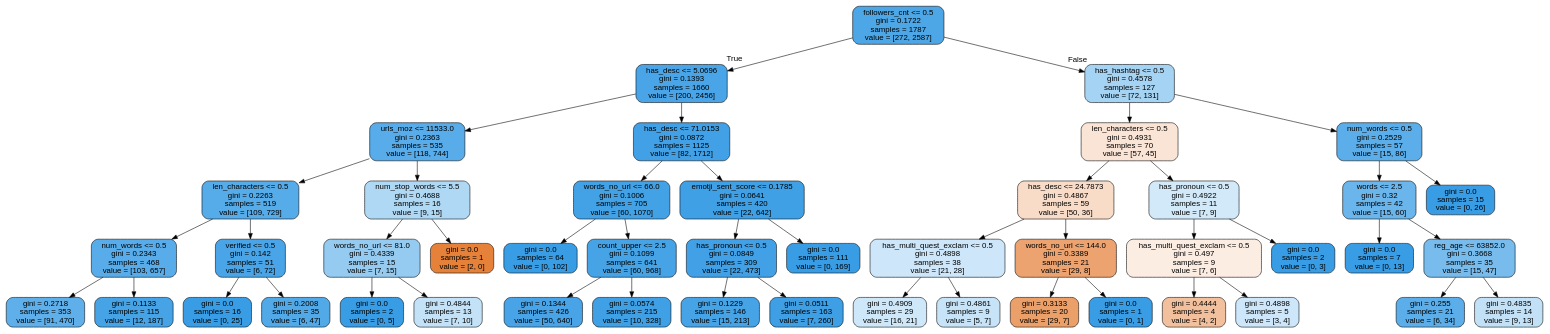
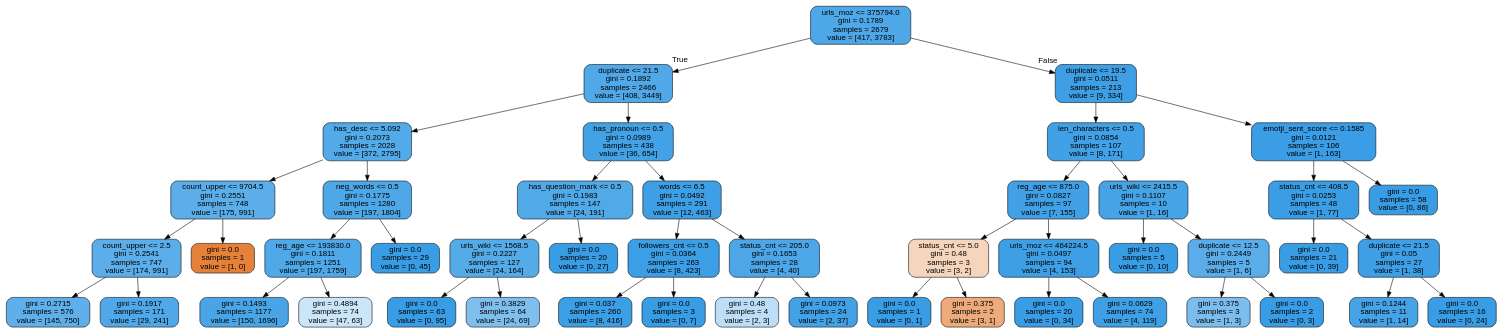
Before and after one commit to burningskies42/Twitter_Analytics: the diagram in Python/twitter_filter/trees/dtree6.dot, drawn with Graphviz. The commit also changed 44 other files, not shown here.

```diff
--- a/Python/twitter_filter/trees/dtree6.dot
+++ b/Python/twitter_filter/trees/dtree6.dot
@@ -1,97 +1,97 @@
 digraph Tree {
 node [shape=box, style="filled, rounded", color="black", fontname=helvetica] ;
 edge [fontname=helvetica] ;
-0 [label="followers_cnt <= 0.5\ngini = 0.1722\nsamples = 1787\nvalue = [272, 2587]", fillcolor="#399de5e4"] ;
-1 [label="has_desc <= 5.0696\ngini = 0.1393\nsamples = 1660\nvalue = [200, 2456]", fillcolor="#399de5ea"] ;
+0 [label="urls_moz <= 375794.0\ngini = 0.1789\nsamples = 2679\nvalue = [417, 3783]", fillcolor="#399de5e3"] ;
+1 [label="duplicate <= 21.5\ngini = 0.1892\nsamples = 2466\nvalue = [408, 3449]", fillcolor="#399de5e1"] ;
 0 -> 1 [labeldistance=2.5, labelangle=45, headlabel="True"] ;
-2 [label="urls_moz <= 11533.0\ngini = 0.2363\nsamples = 535\nvalue = [118, 744]", fillcolor="#399de5d7"] ;
+2 [label="has_desc <= 5.092\ngini = 0.2073\nsamples = 2028\nvalue = [372, 2795]", fillcolor="#399de5dd"] ;
 1 -> 2 ;
-3 [label="len_characters <= 0.5\ngini = 0.2263\nsamples = 519\nvalue = [109, 729]", fillcolor="#399de5d9"] ;
+3 [label="count_upper <= 9704.5\ngini = 0.2551\nsamples = 748\nvalue = [175, 991]", fillcolor="#399de5d2"] ;
 2 -> 3 ;
-4 [label="num_words <= 0.5\ngini = 0.2343\nsamples = 468\nvalue = [103, 657]", fillcolor="#399de5d7"] ;
+4 [label="count_upper <= 2.5\ngini = 0.2541\nsamples = 747\nvalue = [174, 991]", fillcolor="#399de5d2"] ;
 3 -> 4 ;
-5 [label="gini = 0.2718\nsamples = 353\nvalue = [91, 470]", fillcolor="#399de5ce"] ;
+5 [label="gini = 0.2715\nsamples = 576\nvalue = [145, 750]", fillcolor="#399de5ce"] ;
 4 -> 5 ;
-6 [label="gini = 0.1133\nsamples = 115\nvalue = [12, 187]", fillcolor="#399de5ef"] ;
+6 [label="gini = 0.1917\nsamples = 171\nvalue = [29, 241]", fillcolor="#399de5e0"] ;
 4 -> 6 ;
-7 [label="verified <= 0.5\ngini = 0.142\nsamples = 51\nvalue = [6, 72]", fillcolor="#399de5ea"] ;
+7 [label="gini = 0.0\nsamples = 1\nvalue = [1, 0]", fillcolor="#e58139ff"] ;
 3 -> 7 ;
-8 [label="gini = 0.0\nsamples = 16\nvalue = [0, 25]", fillcolor="#399de5ff"] ;
-7 -> 8 ;
-9 [label="gini = 0.2008\nsamples = 35\nvalue = [6, 47]", fillcolor="#399de5de"] ;
-7 -> 9 ;
-10 [label="num_stop_words <= 5.5\ngini = 0.4688\nsamples = 16\nvalue = [9, 15]", fillcolor="#399de566"] ;
-2 -> 10 ;
-11 [label="words_no_url <= 81.0\ngini = 0.4339\nsamples = 15\nvalue = [7, 15]", fillcolor="#399de588"] ;
-10 -> 11 ;
-12 [label="gini = 0.0\nsamples = 2\nvalue = [0, 5]", fillcolor="#399de5ff"] ;
-11 -> 12 ;
-13 [label="gini = 0.4844\nsamples = 13\nvalue = [7, 10]", fillcolor="#399de54d"] ;
-11 -> 13 ;
-14 [label="gini = 0.0\nsamples = 1\nvalue = [2, 0]", fillcolor="#e58139ff"] ;
-10 -> 14 ;
-15 [label="has_desc <= 71.0153\ngini = 0.0872\nsamples = 1125\nvalue = [82, 1712]", fillcolor="#399de5f3"] ;
-1 -> 15 ;
-16 [label="words_no_url <= 66.0\ngini = 0.1006\nsamples = 705\nvalue = [60, 1070]", fillcolor="#399de5f1"] ;
+8 [label="neg_words <= 0.5\ngini = 0.1775\nsamples = 1280\nvalue = [197, 1804]", fillcolor="#399de5e3"] ;
+2 -> 8 ;
+9 [label="reg_age <= 193830.0\ngini = 0.1811\nsamples = 1251\nvalue = [197, 1759]", fillcolor="#399de5e2"] ;
+8 -> 9 ;
+10 [label="gini = 0.1493\nsamples = 1177\nvalue = [150, 1696]", fillcolor="#399de5e8"] ;
+9 -> 10 ;
+11 [label="gini = 0.4894\nsamples = 74\nvalue = [47, 63]", fillcolor="#399de541"] ;
+9 -> 11 ;
+12 [label="gini = 0.0\nsamples = 29\nvalue = [0, 45]", fillcolor="#399de5ff"] ;
+8 -> 12 ;
+13 [label="has_pronoun <= 0.5\ngini = 0.0989\nsamples = 438\nvalue = [36, 654]", fillcolor="#399de5f1"] ;
+1 -> 13 ;
+14 [label="has_question_mark <= 0.5\ngini = 0.1983\nsamples = 147\nvalue = [24, 191]", fillcolor="#399de5df"] ;
+13 -> 14 ;
+15 [label="urls_wiki <= 1568.5\ngini = 0.2227\nsamples = 127\nvalue = [24, 164]", fillcolor="#399de5da"] ;
+14 -> 15 ;
+16 [label="gini = 0.0\nsamples = 63\nvalue = [0, 95]", fillcolor="#399de5ff"] ;
 15 -> 16 ;
-17 [label="gini = 0.0\nsamples = 64\nvalue = [0, 102]", fillcolor="#399de5ff"] ;
-16 -> 17 ;
-18 [label="count_upper <= 2.5\ngini = 0.1099\nsamples = 641\nvalue = [60, 968]", fillcolor="#399de5ef"] ;
-16 -> 18 ;
-19 [label="gini = 0.1344\nsamples = 426\nvalue = [50, 640]", fillcolor="#399de5eb"] ;
-18 -> 19 ;
-20 [label="gini = 0.0574\nsamples = 215\nvalue = [10, 328]", fillcolor="#399de5f7"] ;
-18 -> 20 ;
-21 [label="emotji_sent_score <= 0.1785\ngini = 0.0641\nsamples = 420\nvalue = [22, 642]", fillcolor="#399de5f6"] ;
-15 -> 21 ;
-22 [label="has_pronoun <= 0.5\ngini = 0.0849\nsamples = 309\nvalue = [22, 473]", fillcolor="#399de5f3"] ;
-21 -> 22 ;
-23 [label="gini = 0.1229\nsamples = 146\nvalue = [15, 213]", fillcolor="#399de5ed"] ;
-22 -> 23 ;
-24 [label="gini = 0.0511\nsamples = 163\nvalue = [7, 260]", fillcolor="#399de5f8"] ;
-22 -> 24 ;
-25 [label="gini = 0.0\nsamples = 111\nvalue = [0, 169]", fillcolor="#399de5ff"] ;
-21 -> 25 ;
-26 [label="has_hashtag <= 0.5\ngini = 0.4578\nsamples = 127\nvalue = [72, 131]", fillcolor="#399de573"] ;
+17 [label="gini = 0.3829\nsamples = 64\nvalue = [24, 69]", fillcolor="#399de5a6"] ;
+15 -> 17 ;
+18 [label="gini = 0.0\nsamples = 20\nvalue = [0, 27]", fillcolor="#399de5ff"] ;
+14 -> 18 ;
+19 [label="words <= 6.5\ngini = 0.0492\nsamples = 291\nvalue = [12, 463]", fillcolor="#399de5f8"] ;
+13 -> 19 ;
+20 [label="followers_cnt <= 0.5\ngini = 0.0364\nsamples = 263\nvalue = [8, 423]", fillcolor="#399de5fa"] ;
+19 -> 20 ;
+21 [label="gini = 0.037\nsamples = 260\nvalue = [8, 416]", fillcolor="#399de5fa"] ;
+20 -> 21 ;
+22 [label="gini = 0.0\nsamples = 3\nvalue = [0, 7]", fillcolor="#399de5ff"] ;
+20 -> 22 ;
+23 [label="status_cnt <= 205.0\ngini = 0.1653\nsamples = 28\nvalue = [4, 40]", fillcolor="#399de5e6"] ;
+19 -> 23 ;
+24 [label="gini = 0.48\nsamples = 4\nvalue = [2, 3]", fillcolor="#399de555"] ;
+23 -> 24 ;
+25 [label="gini = 0.0973\nsamples = 24\nvalue = [2, 37]", fillcolor="#399de5f1"] ;
+23 -> 25 ;
+26 [label="duplicate <= 19.5\ngini = 0.0511\nsamples = 213\nvalue = [9, 334]", fillcolor="#399de5f8"] ;
 0 -> 26 [labeldistance=2.5, labelangle=-45, headlabel="False"] ;
-27 [label="len_characters <= 0.5\ngini = 0.4931\nsamples = 70\nvalue = [57, 45]", fillcolor="#e5813936"] ;
+27 [label="len_characters <= 0.5\ngini = 0.0854\nsamples = 107\nvalue = [8, 171]", fillcolor="#399de5f3"] ;
 26 -> 27 ;
-28 [label="has_desc <= 24.7873\ngini = 0.4867\nsamples = 59\nvalue = [50, 36]", fillcolor="#e5813947"] ;
+28 [label="reg_age <= 875.0\ngini = 0.0827\nsamples = 97\nvalue = [7, 155]", fillcolor="#399de5f3"] ;
 27 -> 28 ;
-29 [label="has_multi_quest_exclam <= 0.5\ngini = 0.4898\nsamples = 38\nvalue = [21, 28]", fillcolor="#399de540"] ;
+29 [label="status_cnt <= 5.0\ngini = 0.48\nsamples = 3\nvalue = [3, 2]", fillcolor="#e5813955"] ;
 28 -> 29 ;
-30 [label="gini = 0.4909\nsamples = 29\nvalue = [16, 21]", fillcolor="#399de53d"] ;
+30 [label="gini = 0.0\nsamples = 1\nvalue = [0, 1]", fillcolor="#399de5ff"] ;
 29 -> 30 ;
-31 [label="gini = 0.4861\nsamples = 9\nvalue = [5, 7]", fillcolor="#399de549"] ;
+31 [label="gini = 0.375\nsamples = 2\nvalue = [3, 1]", fillcolor="#e58139aa"] ;
 29 -> 31 ;
-32 [label="words_no_url <= 144.0\ngini = 0.3389\nsamples = 21\nvalue = [29, 8]", fillcolor="#e58139b9"] ;
+32 [label="urls_moz <= 464224.5\ngini = 0.0497\nsamples = 94\nvalue = [4, 153]", fillcolor="#399de5f8"] ;
 28 -> 32 ;
-33 [label="gini = 0.3133\nsamples = 20\nvalue = [29, 7]", fillcolor="#e58139c1"] ;
+33 [label="gini = 0.0\nsamples = 20\nvalue = [0, 34]", fillcolor="#399de5ff"] ;
 32 -> 33 ;
-34 [label="gini = 0.0\nsamples = 1\nvalue = [0, 1]", fillcolor="#399de5ff"] ;
+34 [label="gini = 0.0629\nsamples = 74\nvalue = [4, 119]", fillcolor="#399de5f6"] ;
 32 -> 34 ;
-35 [label="has_pronoun <= 0.5\ngini = 0.4922\nsamples = 11\nvalue = [7, 9]", fillcolor="#399de539"] ;
+35 [label="urls_wiki <= 2415.5\ngini = 0.1107\nsamples = 10\nvalue = [1, 16]", fillcolor="#399de5ef"] ;
 27 -> 35 ;
-36 [label="has_multi_quest_exclam <= 0.5\ngini = 0.497\nsamples = 9\nvalue = [7, 6]", fillcolor="#e5813924"] ;
+36 [label="gini = 0.0\nsamples = 5\nvalue = [0, 10]", fillcolor="#399de5ff"] ;
 35 -> 36 ;
-37 [label="gini = 0.4444\nsamples = 4\nvalue = [4, 2]", fillcolor="#e581397f"] ;
-36 -> 37 ;
-38 [label="gini = 0.4898\nsamples = 5\nvalue = [3, 4]", fillcolor="#399de540"] ;
-36 -> 38 ;
+37 [label="duplicate <= 12.5\ngini = 0.2449\nsamples = 5\nvalue = [1, 6]", fillcolor="#399de5d4"] ;
+35 -> 37 ;
+38 [label="gini = 0.375\nsamples = 3\nvalue = [1, 3]", fillcolor="#399de5aa"] ;
+37 -> 38 ;
 39 [label="gini = 0.0\nsamples = 2\nvalue = [0, 3]", fillcolor="#399de5ff"] ;
-35 -> 39 ;
-40 [label="num_words <= 0.5\ngini = 0.2529\nsamples = 57\nvalue = [15, 86]", fillcolor="#399de5d3"] ;
+37 -> 39 ;
+40 [label="emotji_sent_score <= 0.1585\ngini = 0.0121\nsamples = 106\nvalue = [1, 163]", fillcolor="#399de5fd"] ;
 26 -> 40 ;
-41 [label="words <= 2.5\ngini = 0.32\nsamples = 42\nvalue = [15, 60]", fillcolor="#399de5bf"] ;
+41 [label="status_cnt <= 408.5\ngini = 0.0253\nsamples = 48\nvalue = [1, 77]", fillcolor="#399de5fc"] ;
 40 -> 41 ;
-42 [label="gini = 0.0\nsamples = 7\nvalue = [0, 13]", fillcolor="#399de5ff"] ;
+42 [label="gini = 0.0\nsamples = 21\nvalue = [0, 39]", fillcolor="#399de5ff"] ;
 41 -> 42 ;
-43 [label="reg_age <= 63852.0\ngini = 0.3668\nsamples = 35\nvalue = [15, 47]", fillcolor="#399de5ae"] ;
+43 [label="duplicate <= 21.5\ngini = 0.05\nsamples = 27\nvalue = [1, 38]", fillcolor="#399de5f8"] ;
 41 -> 43 ;
-44 [label="gini = 0.255\nsamples = 21\nvalue = [6, 34]", fillcolor="#399de5d2"] ;
+44 [label="gini = 0.1244\nsamples = 11\nvalue = [1, 14]", fillcolor="#399de5ed"] ;
 43 -> 44 ;
-45 [label="gini = 0.4835\nsamples = 14\nvalue = [9, 13]", fillcolor="#399de54e"] ;
+45 [label="gini = 0.0\nsamples = 16\nvalue = [0, 24]", fillcolor="#399de5ff"] ;
 43 -> 45 ;
-46 [label="gini = 0.0\nsamples = 15\nvalue = [0, 26]", fillcolor="#399de5ff"] ;
+46 [label="gini = 0.0\nsamples = 58\nvalue = [0, 86]", fillcolor="#399de5ff"] ;
 40 -> 46 ;
 }
```
